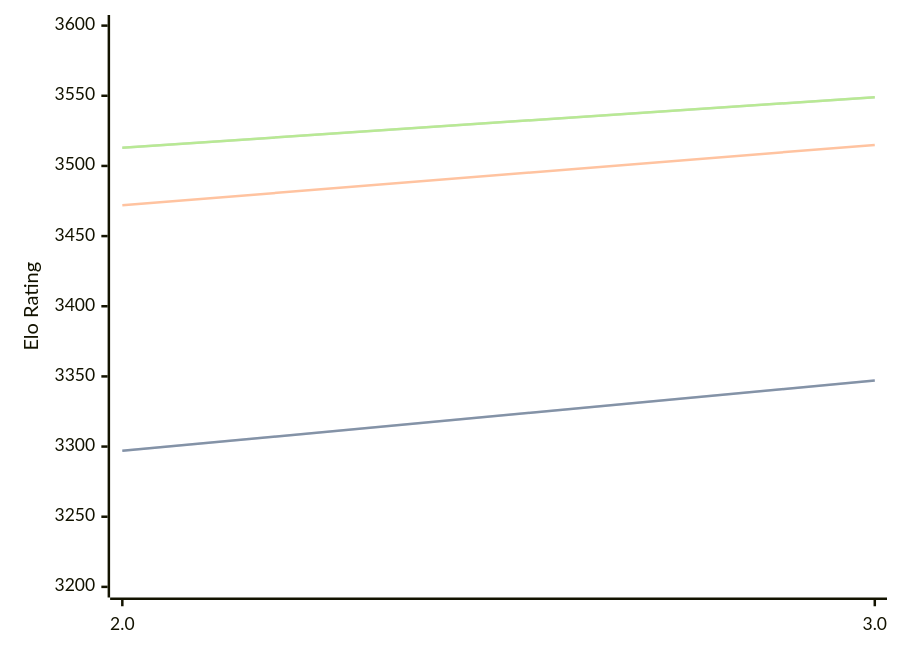
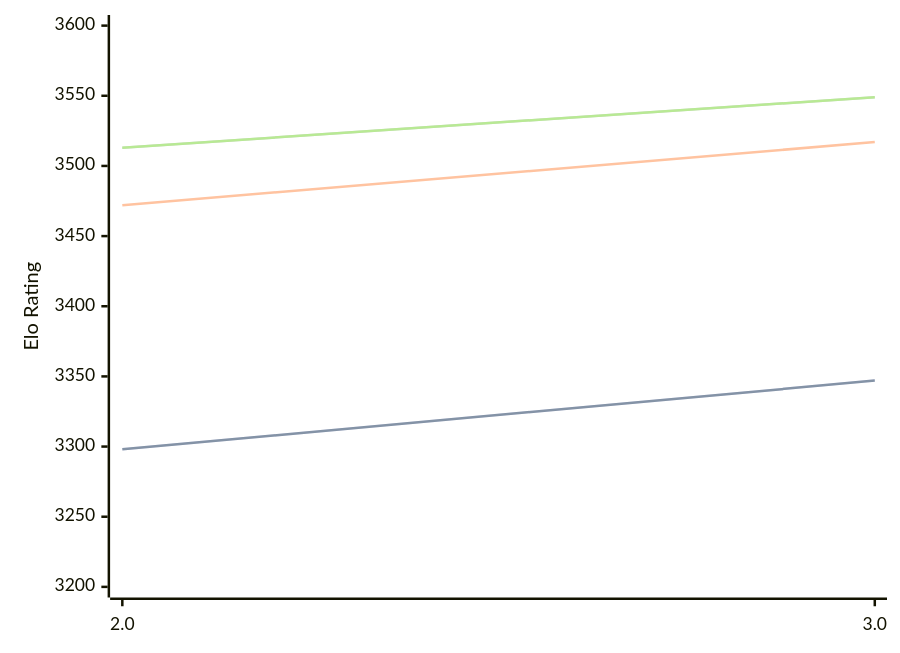
One commit to computer-chess-index/cci changed the diagram in engines/Quanticade.md. Above: the diagram before and after it, drawn with Mermaid. The commit also changed other lines of this file, not shown here.

````diff
--- a/engines/Quanticade.md
+++ b/engines/Quanticade.md
@@ -32,11 +32,11 @@
 ```mermaid
 %%{init: {"theme":"base","themeVariables":{"seriesColors:['#a3a3a3','#222221','#faa371']}}}%%
 xychart-beta
   x-axis ["2.0", "3.0"]
   y-axis "Elo Rating" 3200 --> 3600
-  line "" [3297, 3347]
-  line "STC (8.0+0.08s)" [3297, 3347]
-  line "LTC (60.0+0.60s)" [3472, 3515]
+  line "" [3298, 3347]
+  line "STC (8.0+0.08s)" [3298, 3347]
+  line "LTC (60.0+0.60s)" [3472, 3517]
   line "" [3513, 3549]
   line "VLTC (2m24s+1.12s)" [3513, 3549]
 ```
````
